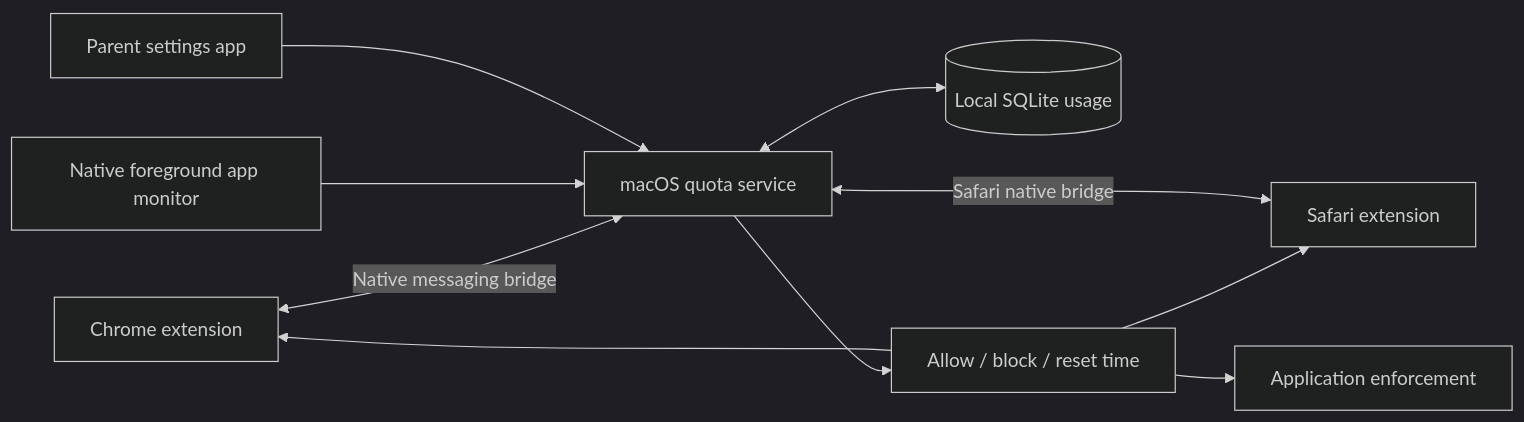
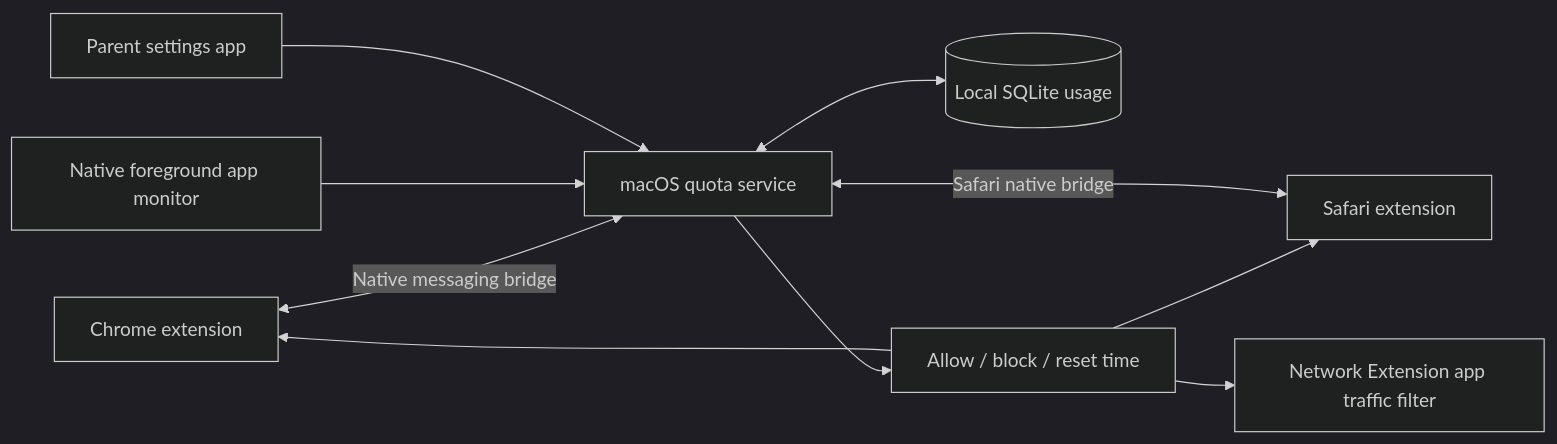
Before and after one commit to unixist/kids-quota: the diagram in README.md, drawn with Mermaid (dark theme). The commit also changed other lines of this file and 2 other files, not shown here.

Commit message:
Scope Chess.com and ChatGPT quotas with app network enforcement

````diff
--- a/README.md
+++ b/README.md
@@ -32,12 +40,12 @@
 ```mermaid
 flowchart LR
     C[Chrome extension] <-->|Native messaging bridge| Q[macOS quota service]
     S[Safari extension] <-->|Safari native bridge| Q
     A[Native foreground app monitor] --> Q
     U[Parent settings app] --> Q
     Q <--> D[(Local SQLite usage)]
     Q --> P[Allow / block / reset time]
     P --> C
     P --> S
-    P --> E[Application enforcement]
+    P --> E[Network Extension app traffic filter]
 ```
````
